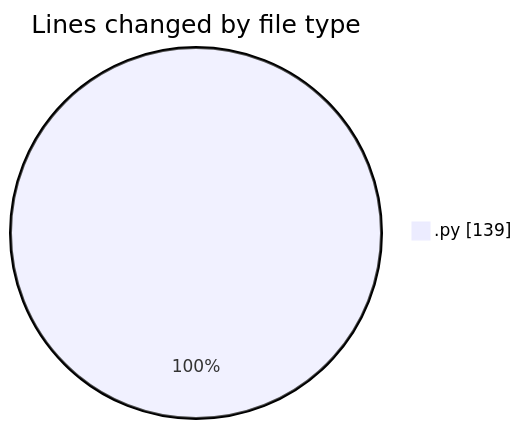
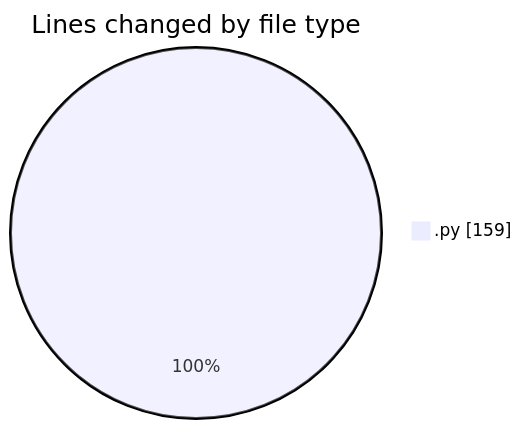
The first of 2 diagrams in 2025-10-22/eventscop-api-guide__workspace_/README.md (julien-gomy/code-tracking), drawn with Mermaid before and after one commit. The commit also changed other lines of this file and 1 other file, not shown here.

````diff
--- a/2025-10-22/eventscop-api-guide__workspace_/README.md
+++ b/2025-10-22/eventscop-api-guide__workspace_/README.md
@@ -22,5 +22,5 @@
 ```mermaid
 pie showData
 title Lines changed by file type
-".py" : 139
+".py" : 159
 ```
````
